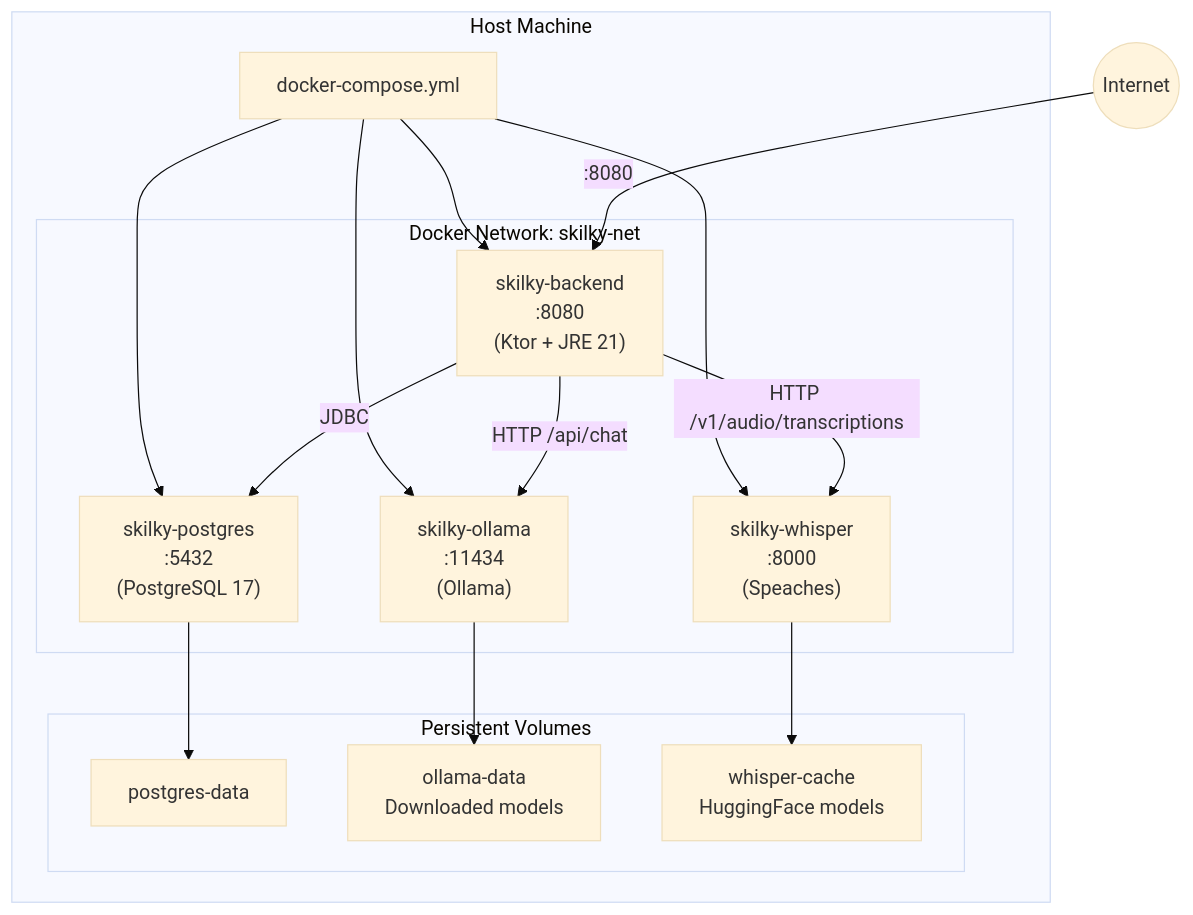
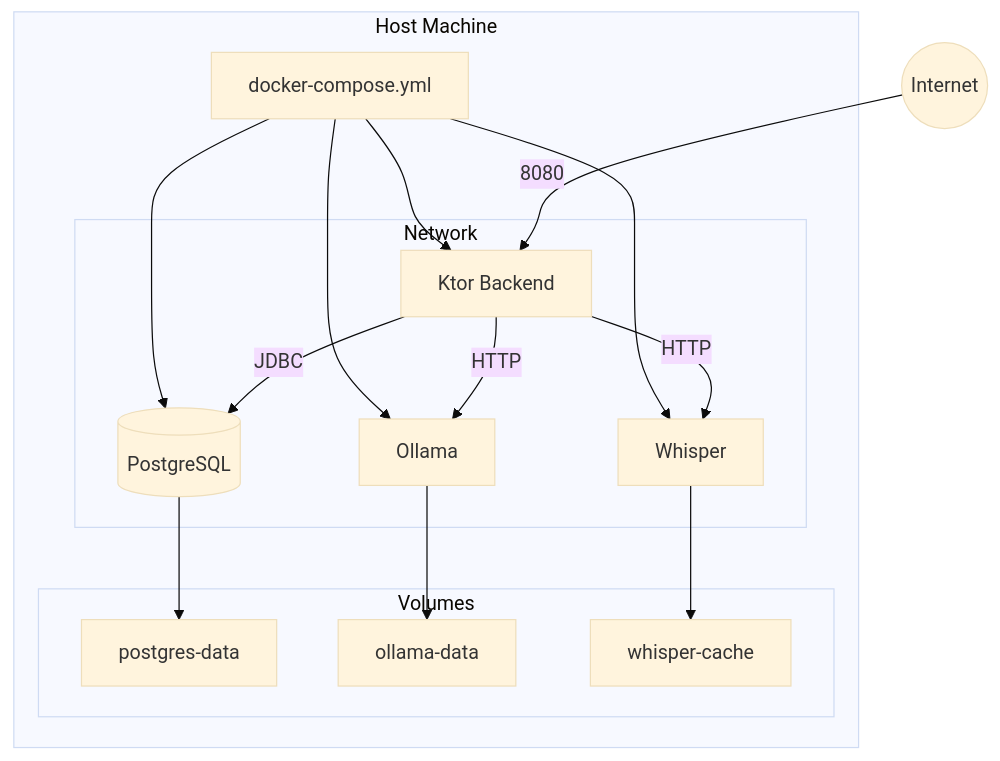
One commit to LStudioO/skilky-money-tracker changed the ninth of 9 diagrams in docs/architecture.md. Above: the diagram before and after it, drawn with Mermaid (base theme). The commit also changed other lines of this file and 58 other files, not shown here.

````diff
--- a/docs/architecture.md
+++ b/docs/architecture.md
@@ -389,34 +394,34 @@
 ```mermaid
 graph TB
     subgraph "Host Machine"
         DC[docker-compose.yml]
 
-        subgraph "Docker Network: skilky-net"
-            BE["skilky-backend<br/>:8080<br/>(Ktor + JRE 21)"]
-            PG["skilky-postgres<br/>:5432<br/>(PostgreSQL 17)"]
-            OL["skilky-ollama<br/>:11434<br/>(Ollama)"]
-            WH["skilky-whisper<br/>:8000<br/>(Speaches)"]
+        subgraph Network
+            BE[Ktor Backend]
+            PG[(PostgreSQL)]
+            OL[Ollama]
+            WH[Whisper]
         end
 
-        subgraph "Persistent Volumes"
+        subgraph Volumes
             V1[postgres-data]
-            V2[ollama-data<br/>Downloaded models]
-            V3[whisper-cache<br/>HuggingFace models]
+            V2[ollama-data]
+            V3[whisper-cache]
         end
     end
 
     DC --> BE
     DC --> PG
     DC --> OL
     DC --> WH
 
     PG --> V1
     OL --> V2
     WH --> V3
 
-    BE -- "JDBC" --> PG
-    BE -- "HTTP /api/chat" --> OL
-    BE -- "HTTP /v1/audio/transcriptions" --> WH
+    BE -- JDBC --> PG
+    BE -- HTTP --> OL
+    BE -- HTTP --> WH
 
-    INTERNET((Internet)) -- ":8080" --> BE
+    INTERNET((Internet)) -- 8080 --> BE
 ```
````
